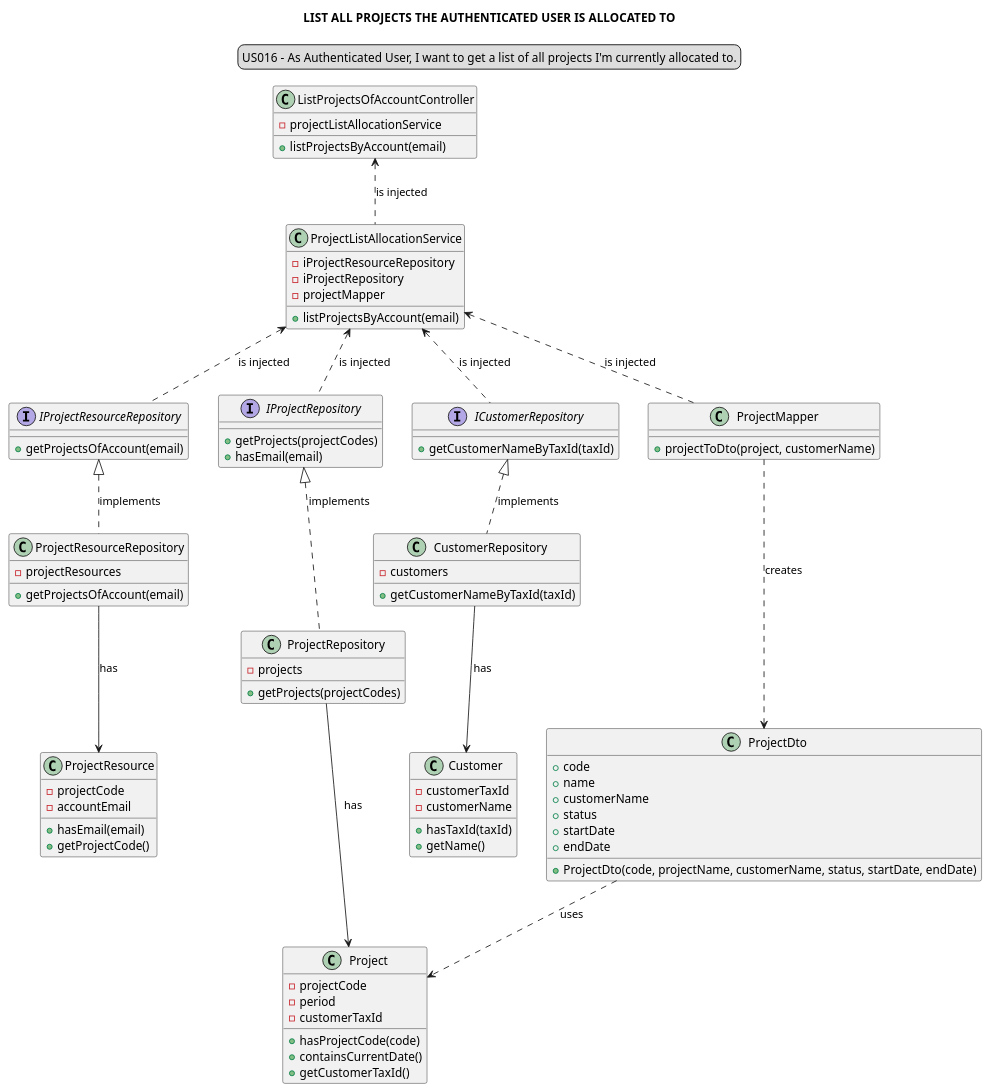
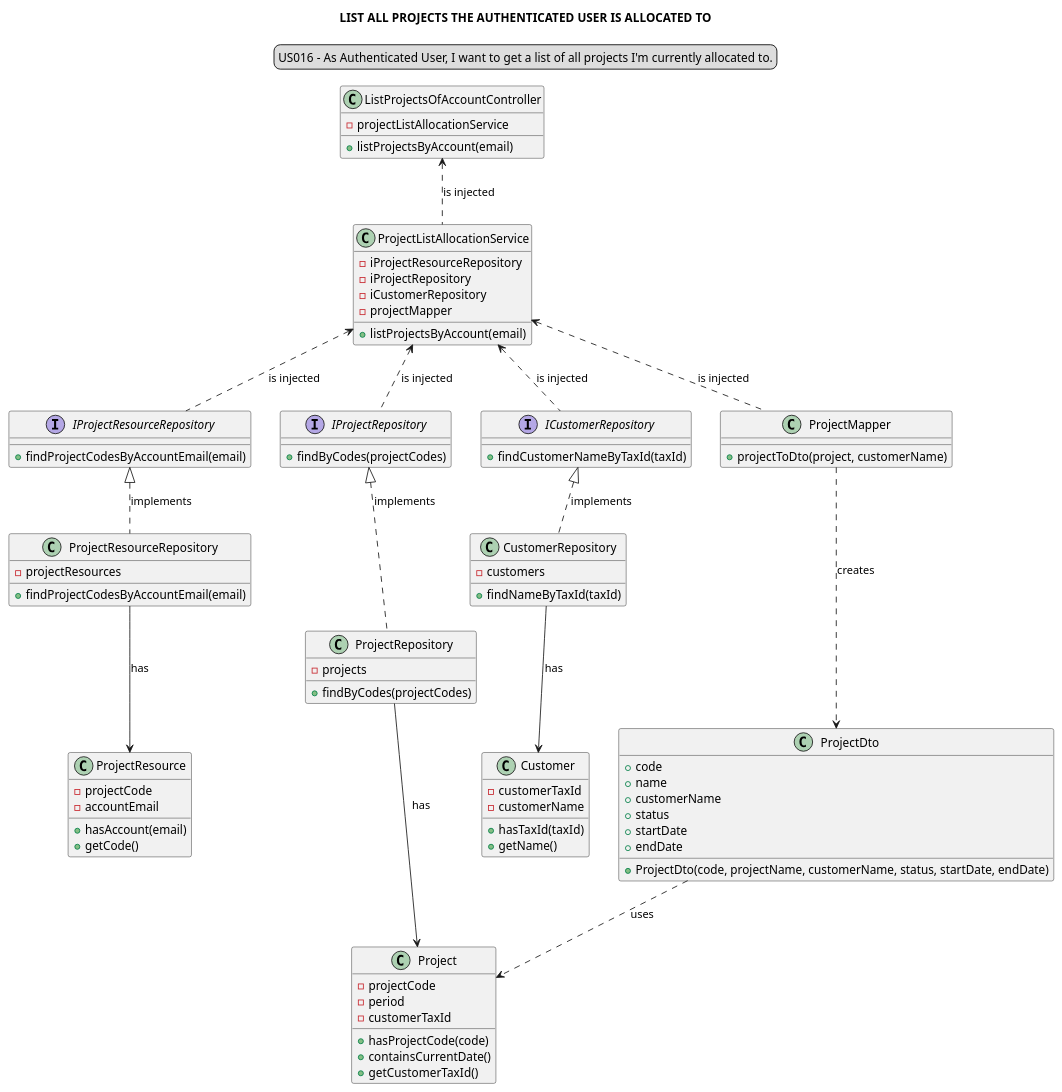
One commit to Loracline/project_switch_22-23 changed the diagram in docs/modelling_design/user_stories/sprint02/us016/US016_classDiagram_ddd.puml. Above: the diagram before and after it, drawn with PlantUML. The commit also changed 1 other file, not shown here.

Commit message:
US016: Design: Updated sequence and class diagrams. Addresses #449

```diff
--- a/docs/modelling_design/user_stories/sprint02/us016/US016_classDiagram_ddd.puml
+++ b/docs/modelling_design/user_stories/sprint02/us016/US016_classDiagram_ddd.puml
@@ -1,105 +1,105 @@
 @startuml
 skinparam sequenceMessageAlign center
 title LIST ALL PROJECTS THE AUTHENTICATED USER IS ALLOCATED TO
 legend top
 US016 - As Authenticated User, I want to get a list of all projects I'm currently allocated to.
 end legend
 
 
 class "ListProjectsOfAccountController" {
 - projectListAllocationService
 + listProjectsByAccount(email)
 }
 
 class "ProjectListAllocationService" {
 - iProjectResourceRepository
 - iProjectRepository
+- iCustomerRepository
 - projectMapper
 + listProjectsByAccount(email)
 }
 
 interface "IProjectResourceRepository" {
-+ getProjectsOfAccount(email)
++ findProjectCodesByAccountEmail(email)
 }
 
 class "ProjectResourceRepository" {
 - projectResources
-+ getProjectsOfAccount(email)
++ findProjectCodesByAccountEmail(email)
 }
 
 interface "IProjectRepository" {
-+ getProjects(projectCodes)
-+ hasEmail(email)
++ findByCodes(projectCodes)
 }
 
 class "ProjectRepository" {
 - projects
-+ getProjects(projectCodes)
++ findByCodes(projectCodes)
 }
 
 interface "ICustomerRepository" {
-+ getCustomerNameByTaxId(taxId)
++ findCustomerNameByTaxId(taxId)
 }
 
 class "CustomerRepository" {
 - customers
-+ getCustomerNameByTaxId(taxId)
++ findNameByTaxId(taxId)
 }
 
 class "ProjectMapper" {
 + projectToDto(project, customerName)
 
 }
 
 class "ProjectDto" {
 + code
 + name
 + customerName
 + status
 + startDate
 + endDate
 + ProjectDto(code, projectName, customerName, status, startDate, endDate)
 
 }
 class "Project" {
 - projectCode
 - period
 - customerTaxId
 + hasProjectCode(code)
 + containsCurrentDate()
 + getCustomerTaxId()
 }
 
 class "ProjectResource" {
 - projectCode
 - accountEmail
-+ hasEmail(email)
-+ getProjectCode()
++ hasAccount(email)
++ getCode()
 }
 
 class "Customer" {
 - customerTaxId
 - customerName
 + hasTaxId(taxId)
 + getName()
 }
 
 ListProjectsOfAccountController <.. ProjectListAllocationService: is injected
 
 ProjectListAllocationService <.. IProjectRepository: is injected
 IProjectRepository <|.. ProjectRepository: implements
 ProjectRepository --> Project: has
 
 ProjectListAllocationService <.. IProjectResourceRepository: is injected
 IProjectResourceRepository <|.. ProjectResourceRepository: implements
 ProjectResourceRepository --> ProjectResource: has
 
 ProjectListAllocationService <.. ICustomerRepository: is injected
 ICustomerRepository <|.. CustomerRepository: implements
 CustomerRepository --> Customer: has
 
 ProjectListAllocationService <.. ProjectMapper: is injected
 ProjectMapper ...> ProjectDto: creates
 ProjectDto ..> Project: uses
 
 @enduml
```
